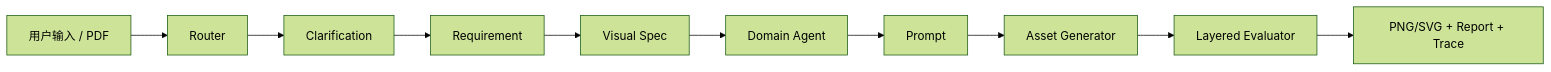
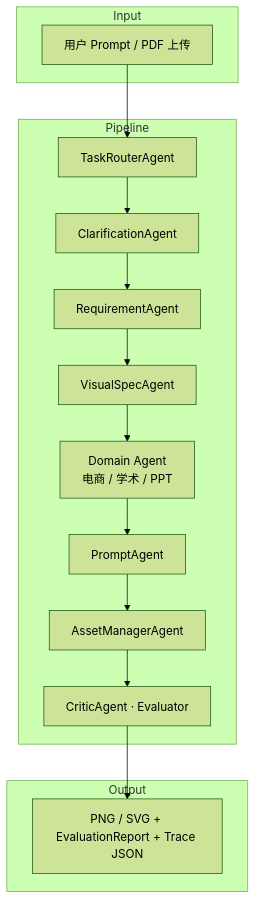
The diagram in README.md (skywalker767/cs599-project), drawn with Mermaid (forest theme) before and after one commit. The commit also changed other lines of this file and 21 other files, not shown here.

````diff
--- a/README.md
+++ b/README.md
@@ -40,12 +170,20 @@
 ```mermaid
-flowchart LR
-    IN[用户输入 / PDF] --> R[Router]
-    R --> CL[Clarification]
-    CL --> REQ[Requirement]
-    REQ --> VS[Visual Spec]
-    VS --> DOM[Domain Agent]
-    DOM --> PR[Prompt]
-    PR --> AST[Asset Generator]
-    AST --> EV[Layered Evaluator]
-    EV --> OUT[PNG/SVG + Report + Trace]
+flowchart TB
+    subgraph Input
+        U[用户 Prompt / PDF 上传]
+    end
+    subgraph Pipeline
+        R[TaskRouterAgent]
+        CL[ClarificationAgent]
+        REQ[RequirementAgent]
+        VS[VisualSpecAgent]
+        DOM[Domain Agent<br/>电商 / 学术 / PPT]
+        PR[PromptAgent]
+        AST[AssetManagerAgent]
+        EV[CriticAgent · Evaluator]
+    end
+    subgraph Output
+        OUT[PNG / SVG + EvaluationReport + Trace JSON]
+    end
+    U --> R --> CL --> REQ --> VS --> DOM --> PR --> AST --> EV --> OUT
 ```
````
